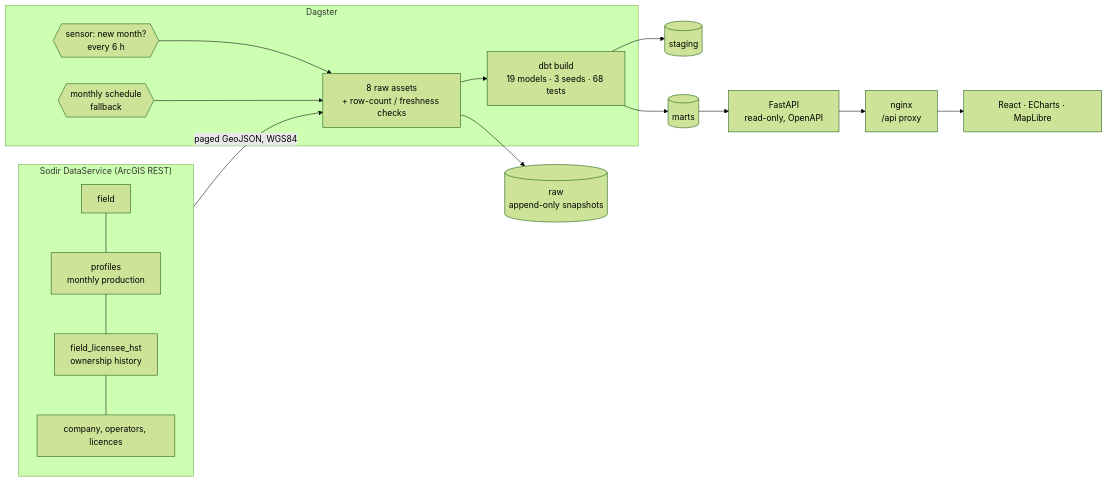
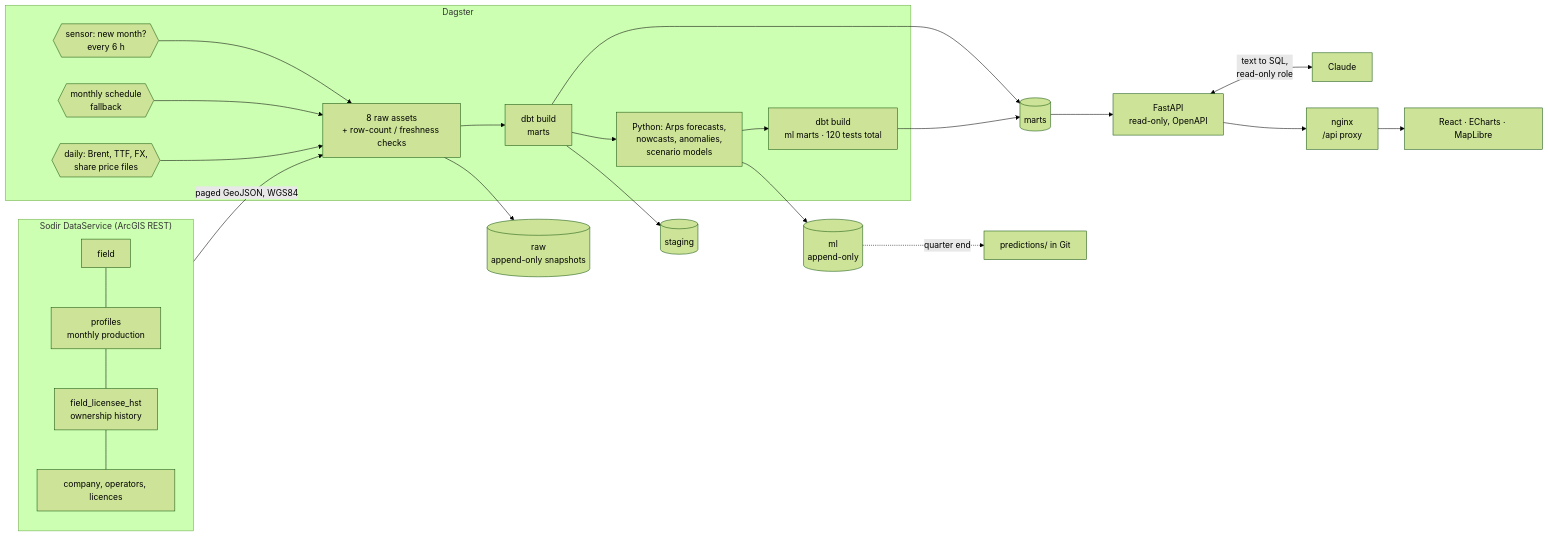
Before and after one commit to plohospalqq/stakeflow: the first of 2 diagrams in README.md, drawn with Mermaid (forest theme). The commit also changed other lines of this file and 1 other file, not shown here.

````diff
--- a/README.md
+++ b/README.md
@@ -111,22 +130,29 @@
 ```mermaid
 flowchart LR
     subgraph Sodir["Sodir DataService (ArcGIS REST)"]
         L1[field] --- L2[profiles<br/>monthly production]
         L2 --- L3[field_licensee_hst<br/>ownership history]
         L3 --- L4[company, operators, licences]
     end
 
     subgraph Dagster
         S{{sensor: new month?<br/>every 6 h}} --> R[8 raw assets<br/>+ row-count / freshness checks]
         C{{monthly schedule<br/>fallback}} --> R
-        R --> D[dbt build<br/>19 models · 3 seeds · 68 tests]
+        M{{daily: Brent, TTF, FX,<br/>share price files}} --> R
+        R --> D[dbt build<br/>marts]
+        D --> ML[Python: Arps forecasts,<br/>nowcasts, anomalies,<br/>scenario models]
+        ML --> D2[dbt build<br/>ml marts · 120 tests total]
     end
 
     Sodir -->|paged GeoJSON, WGS84| R
     R --> RAW[(raw<br/>append-only snapshots)]
     D --> STG[(staging)]
     D --> MARTS[(marts)]
+    ML --> MLDB[(ml<br/>append-only)]
+    D2 --> MARTS
+    MLDB -.->|quarter end| GIT[predictions/ in Git]
     MARTS --> API[FastAPI<br/>read-only, OpenAPI]
+    API <-->|text to SQL,<br/>read-only role| LLM[Claude]
     API --> NGINX[nginx<br/>/api proxy]
     NGINX --> UI[React · ECharts · MapLibre]
 ```
````
